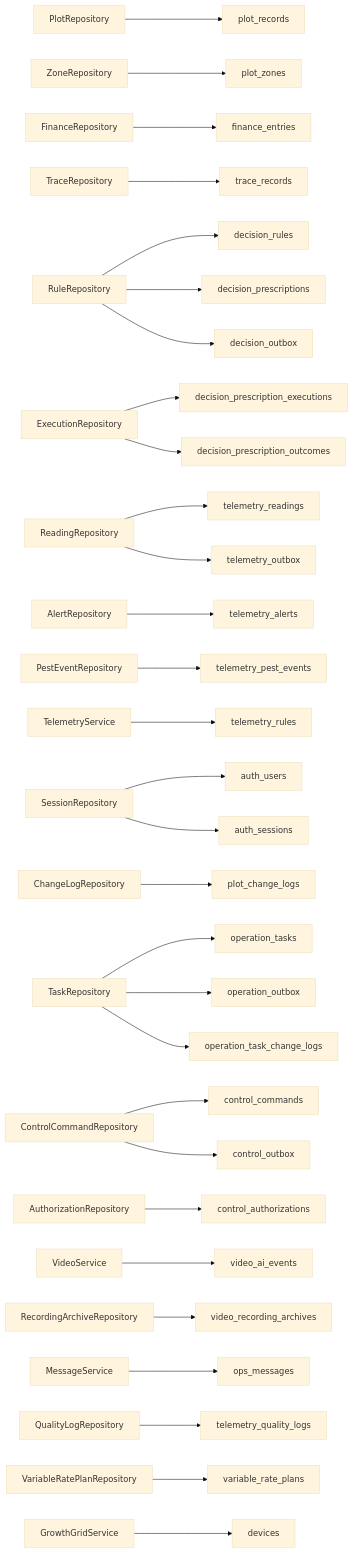
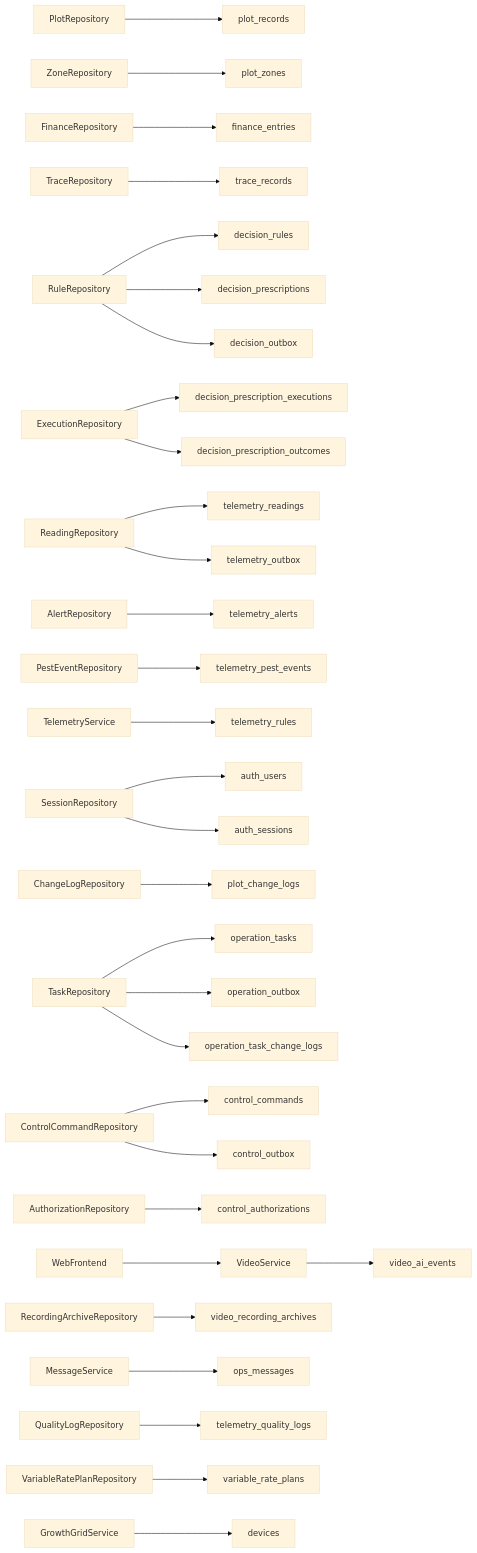
One commit to q446328246/agri-platform changed diagram 25 of 41 in .qoder/repowiki/zh/content/数据库设计/数据库设计.md. Above: the diagram before and after it, drawn with Mermaid (base theme). The commit also changed other lines of this file and 4 other files, not shown here.

````diff
--- a/.qoder/repowiki/zh/content/数据库设计/数据库设计.md
+++ b/.qoder/repowiki/zh/content/数据库设计/数据库设计.md
@@ -1977,32 +2017,33 @@
 ```mermaid
 graph LR
 PR["PlotRepository"] --> T1["plot_records"]
 ZR["ZoneRepository"] --> T16["plot_zones"]
 FR["FinanceRepository"] --> T2["finance_entries"]
 TR["TraceRepository"] --> T3["trace_records"]
 RR["RuleRepository"] --> T4["decision_rules"]
 RR --> T5["decision_prescriptions"]
 RR --> T10["decision_outbox"]
 ER["ExecutionRepository"] --> T6["decision_prescription_executions"]
 ER --> T7["decision_prescription_outcomes"]
 RL["ReadingRepository"] --> T8["telemetry_readings"]
 AL["AlertRepository"] --> T9["telemetry_alerts"]
 RL --> T11["telemetry_outbox"]
 PE["PestEventRepository"] --> T15["telemetry_pest_events"]
 TRU["TelemetryService"] --> T14["telemetry_rules"]
 SR["SessionRepository"] --> T12["auth_users"]
 SR --> T13["auth_sessions"]
 CLR["ChangeLogRepository"] --> T18["plot_change_logs"]
 TSR["TaskRepository"] --> T19["operation_tasks"]
 TSR --> T20["operation_outbox"]
 TSR --> T23["operation_task_change_logs"]
 CCR["ControlCommandRepository"] --> T21["control_commands"]
 CCR --> T22["control_outbox"]
 AUR["AuthorizationRepository"] --> T27["control_authorizations"]
 VR["VideoService"] --> T24["video_ai_events"]
 RAR["RecordingArchiveRepository"] --> T30["video_recording_archives"]
 MS["MessageService"] --> T25["ops_messages"]
 QL["QualityLogRepository"] --> T26["telemetry_quality_logs"]
 VRR["VariableRatePlanRepository"] --> T28["variable_rate_plans"]
 GG["GrowthGridService"] --> T29["devices"]
+WEB["WebFrontend"] --> VR
 ```
````
